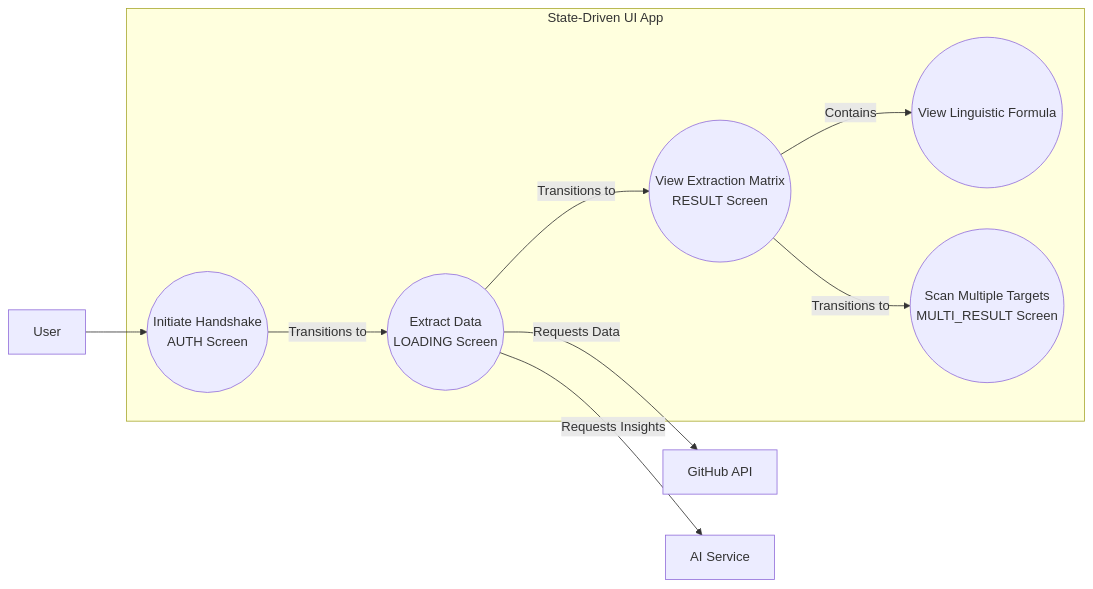
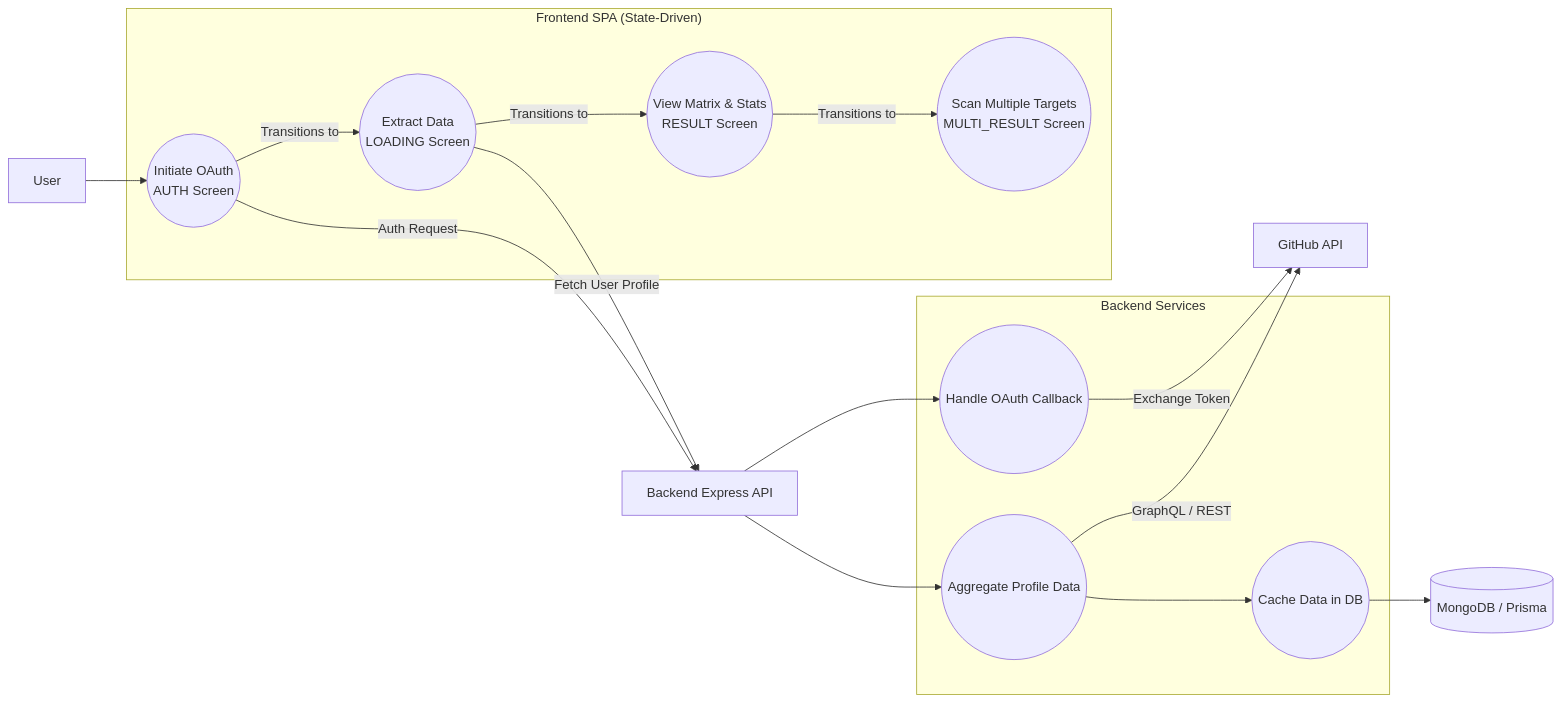
The diagram in useCaseDiagram.md (bhavish-codes/sesd-project-sem4), drawn with Mermaid before and after one commit. The commit also changed 9 other files, not shown here.

````diff
--- a/useCaseDiagram.md
+++ b/useCaseDiagram.md
@@ -1,23 +1,35 @@
 ```mermaid
 flowchart LR
     User[User]
+    BackendAPI[Backend Express API]
     GitHubAPI[GitHub API]
-    AI[AI Service]
+    DB[(MongoDB / Prisma)]
 
-    subgraph "State-Driven UI App"
-        UC1((Initiate Handshake \nAUTH Screen))
+    subgraph "Frontend SPA (State-Driven)"
+        UC1((Initiate OAuth \nAUTH Screen))
         UC2((Extract Data \nLOADING Screen))
-        UC3((View Extraction Matrix \nRESULT Screen))
-        UC4((View Linguistic Formula))
+        UC3((View Matrix & Stats \nRESULT Screen))
         UC5((Scan Multiple Targets \nMULTI_RESULT Screen))
+    end
+
+    subgraph "Backend Services"
+        UC6((Handle OAuth Callback))
+        UC7((Aggregate Profile Data))
+        UC8((Cache Data in DB))
     end
 
     User --> UC1
     UC1 -->|Transitions to| UC2
     UC2 -->|Transitions to| UC3
-    UC3 -->|Contains| UC4
     UC3 -->|Transitions to| UC5
 
-    UC2 -->|Requests Data| GitHubAPI
-    UC2 -->|Requests Insights| AI
+    UC1 -->|Auth Request| BackendAPI
+    BackendAPI --> UC6
+    UC6 -->|Exchange Token| GitHubAPI
+    
+    UC2 -->|Fetch User Profile| BackendAPI
+    BackendAPI --> UC7
+    UC7 -->|GraphQL / REST| GitHubAPI
+    UC7 --> UC8
+    UC8 --> DB
 ```
````
